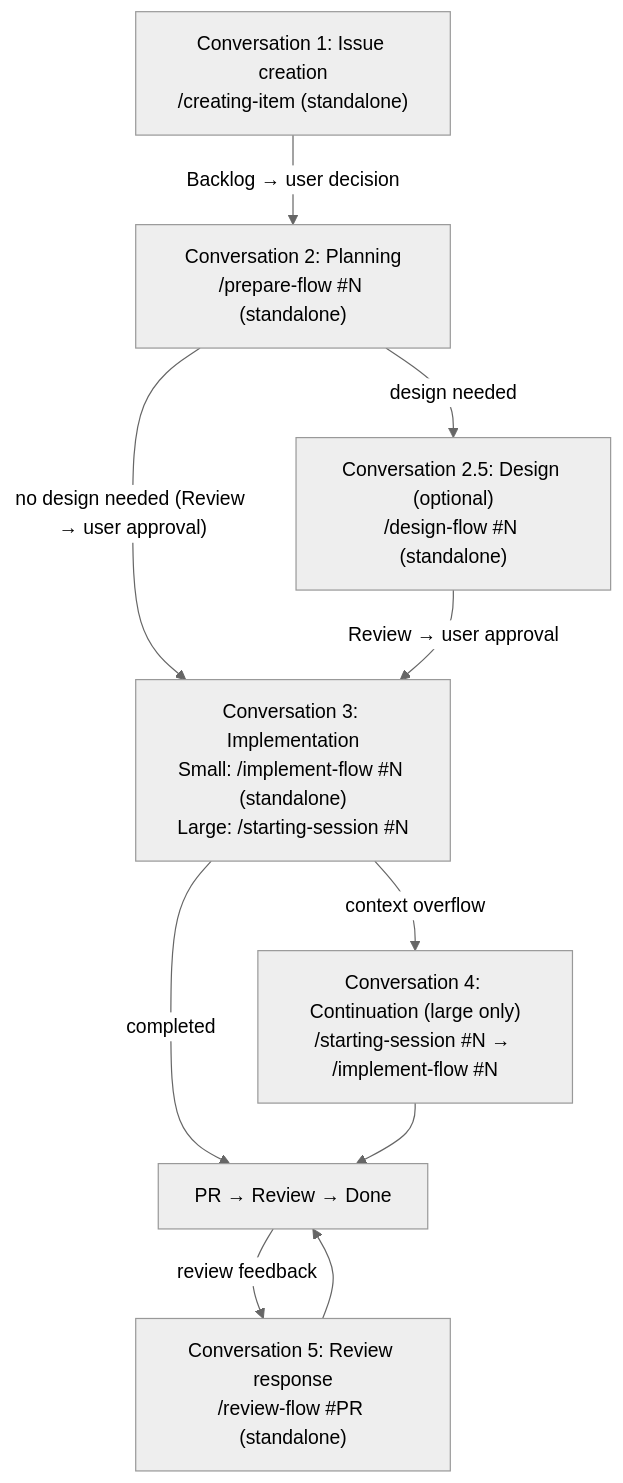
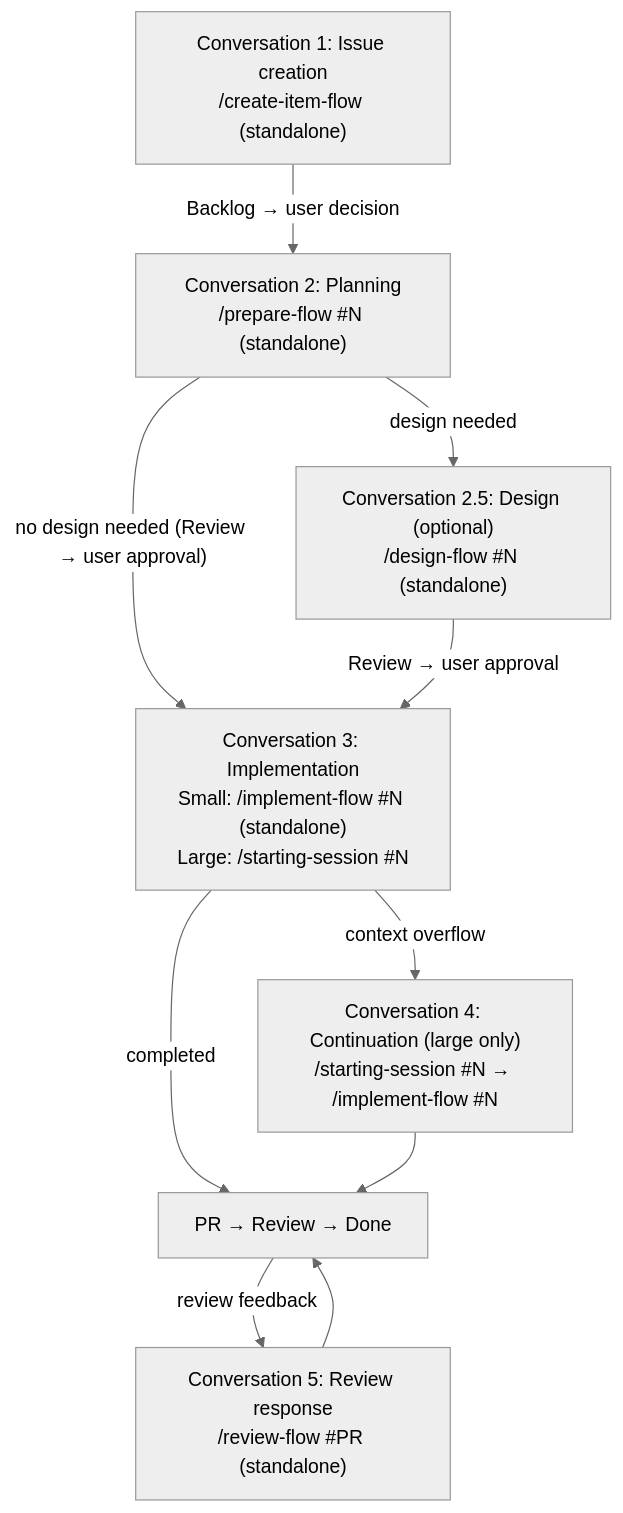
The first of 2 diagrams in shirokuma-skills-en/skills/implement-flow/reference/workflow-details.md (ShirokumaLibrary/shirokuma-plugins), drawn with Mermaid (neutral theme) before and after one commit. The commit also changed other lines of this file and 34 other files, not shown here.

````diff
--- a/shirokuma-skills-en/skills/implement-flow/reference/workflow-details.md
+++ b/shirokuma-skills-en/skills/implement-flow/reference/workflow-details.md
@@ -9,18 +9,18 @@
 ```mermaid
 graph TD
-    C1["Conversation 1: Issue creation<br/>/creating-item (standalone)"]
+    C1["Conversation 1: Issue creation<br/>/create-item-flow (standalone)"]
     C2["Conversation 2: Planning<br/>/prepare-flow #N (standalone)"]
     C2D["Conversation 2.5: Design (optional)<br/>/design-flow #N (standalone)"]
     C3["Conversation 3: Implementation<br/>Small: /implement-flow #N (standalone)<br/>Large: /starting-session #N"]
     C4["Conversation 4: Continuation (large only)<br/>/starting-session #N → /implement-flow #N"]
 
     C1 -->|"Backlog → user decision"| C2
     C2 -->|"design needed"| C2D
     C2 -->|"no design needed (Review → user approval)"| C3
     C2D -->|"Review → user approval"| C3
     C3 -->|"context overflow"| C4
     C3 -->|"completed"| Done["PR → Review → Done"]
     C4 --> Done
     Done -->|"review feedback"| C5["Conversation 5: Review response<br/>/review-flow #PR (standalone)"]
     C5 --> Done
 ```
````
